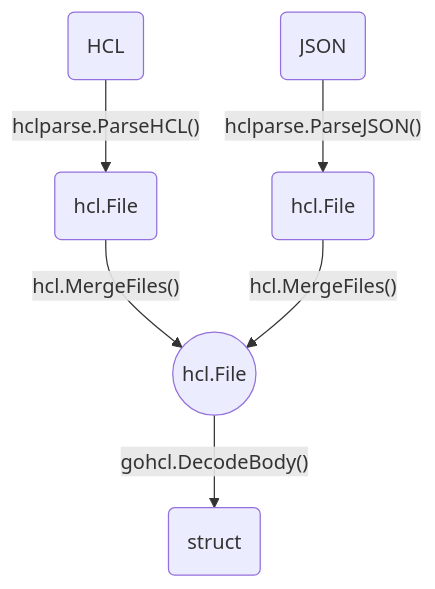
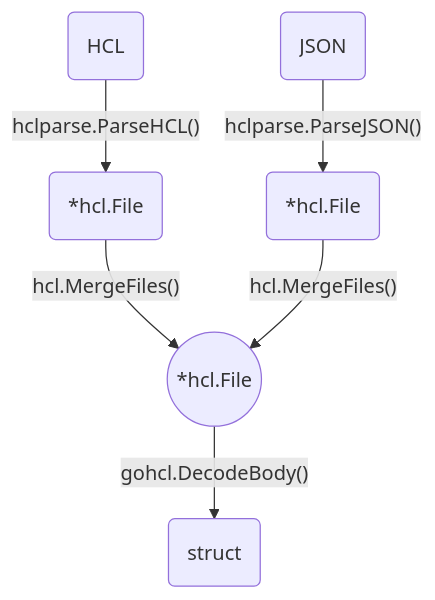
One commit to babarot/tellme.tokyo changed the first of 2 diagrams in content/post/hashicorp-hcl2.md. Above: the diagram before and after it, drawn with Mermaid. The commit also changed other lines of this file and 1 other file, not shown here.

```diff
--- a/content/post/hashicorp-hcl2.md
+++ b/content/post/hashicorp-hcl2.md
@@ -47,8 +47,8 @@
 {{< mermaid >}}
 graph TB;
-  hcl(HCL)   -- "hclparse.ParseHCL()"  --> file1("hcl.File")
-  json(JSON) -- "hclparse.ParseJSON()" --> file2("hcl.File")
-  file1      -- "hcl.MergeFiles()"     --> body((hcl.File))
-  file2      -- "hcl.MergeFiles()"     --> body((hcl.File))
+  hcl(HCL)   -- "hclparse.ParseHCL()"  --> file1("*hcl.File")
+  json(JSON) -- "hclparse.ParseJSON()" --> file2("*hcl.File")
+  file1      -- "hcl.MergeFiles()"     --> body((*hcl.File))
+  file2      -- "hcl.MergeFiles()"     --> body((*hcl.File))
   body       -- "gohcl.DecodeBody()"   --> struct("struct")
 {{< /mermaid >}}
```
